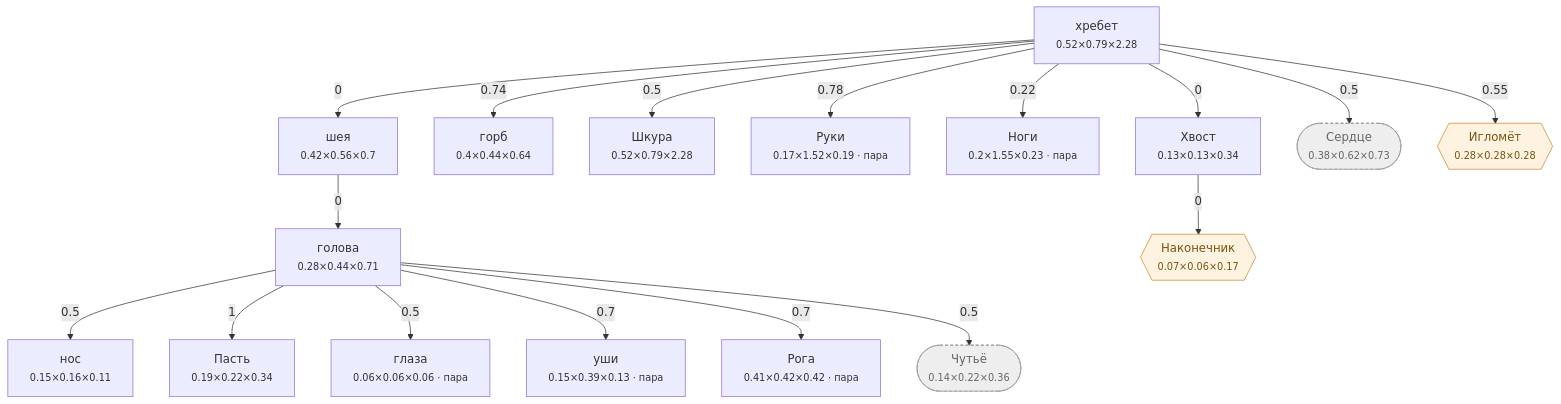
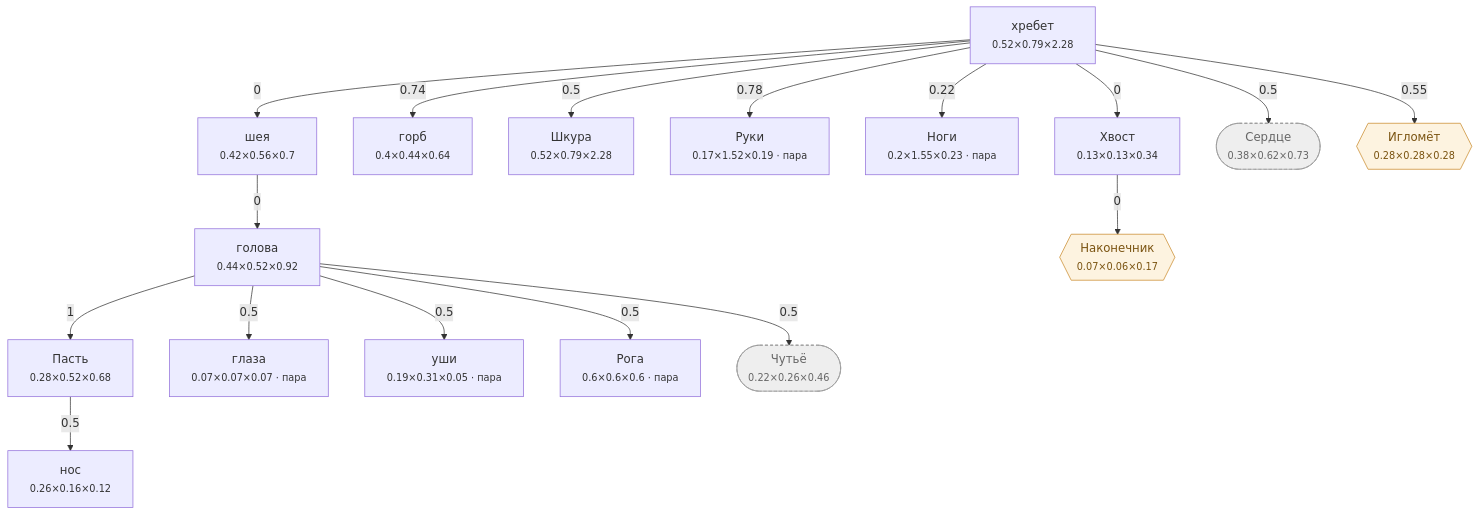
The diagram in Docs/Диаграммы/Лось.md (darklordshish/ChimeraEvolution-2026-06-26_15-29-59), drawn with Mermaid before and after one commit. The commit also changed other lines of this file and 5 other files, not shown here.

First line of the commit message:
Схемы тел: догнали факт — графы вместо анатомических скелетов

````diff
--- a/Docs/Диаграммы/Лось.md
+++ b/Docs/Диаграммы/Лось.md
@@ -162,43 +49,43 @@
 ```mermaid
 flowchart TD
     n0["хребет<br/><small>0.52×0.79×2.28</small>"]
-    n1["нос<br/><small>0.15×0.16×0.11</small>"]
-    n2["голова<br/><small>0.28×0.44×0.71</small>"]
-    n3["Пасть<br/><small>0.19×0.22×0.34</small>"]
-    n4["глаза<br/><small>0.06×0.06×0.06 · пара</small>"]
-    n5["уши<br/><small>0.15×0.39×0.13 · пара</small>"]
+    n1["нос<br/><small>0.26×0.16×0.12</small>"]
+    n2["голова<br/><small>0.44×0.52×0.92</small>"]
+    n3["Пасть<br/><small>0.28×0.52×0.68</small>"]
+    n4["глаза<br/><small>0.07×0.07×0.07 · пара</small>"]
+    n5["уши<br/><small>0.19×0.31×0.05 · пара</small>"]
     n6["шея<br/><small>0.42×0.56×0.7</small>"]
     n7["горб<br/><small>0.4×0.44×0.64</small>"]
     n8["Шкура<br/><small>0.52×0.79×2.28</small>"]
     n9["Руки<br/><small>0.17×1.52×0.19 · пара</small>"]
     n10["Ноги<br/><small>0.2×1.55×0.23 · пара</small>"]
     n11["Хвост<br/><small>0.13×0.13×0.34</small>"]
-    n12["Рога<br/><small>0.41×0.42×0.42 · пара</small>"]
+    n12["Рога<br/><small>0.6×0.6×0.6 · пара</small>"]
     n13(["Сердце<br/><small>0.38×0.62×0.73</small>"])
-    n14(["Чутьё<br/><small>0.14×0.22×0.36</small>"])
+    n14(["Чутьё<br/><small>0.22×0.26×0.46</small>"])
     n15{{"Наконечник<br/><small>0.07×0.06×0.17</small>"}}
     n16{{"Игломёт<br/><small>0.28×0.28×0.28</small>"}}
 
-    n2 -->|0.5| n1
+    n3 -->|0.5| n1
     n6 -->|0| n2
     n2 -->|1| n3
     n2 -->|0.5| n4
-    n2 -->|0.7| n5
+    n2 -->|0.5| n5
     n0 -->|0| n6
     n0 -->|0.74| n7
     n0 -->|0.5| n8
     n0 -->|0.78| n9
     n0 -->|0.22| n10
     n0 -->|0| n11
-    n2 -->|0.7| n12
+    n2 -->|0.5| n12
     n0 -->|0.5| n13
     n2 -->|0.5| n14
     n11 -->|0| n15
     n0 -->|0.55| n16
 
     classDef hid fill:#eee,stroke:#999,stroke-dasharray:4 3,color:#666
     classDef gr fill:#fdf3e0,stroke:#c98a2b,color:#7a5310
     classDef ch fill:#e8f2ff,stroke:#3b74c4,color:#1c3f70
     class n13,n14 hid
     class n15,n16 gr
 ```
````
